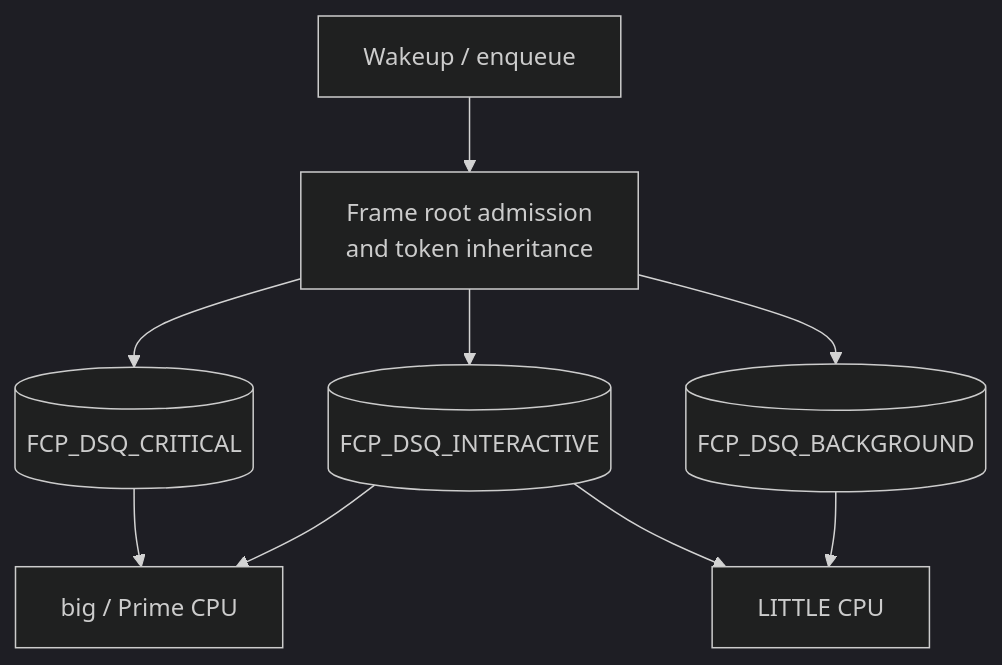
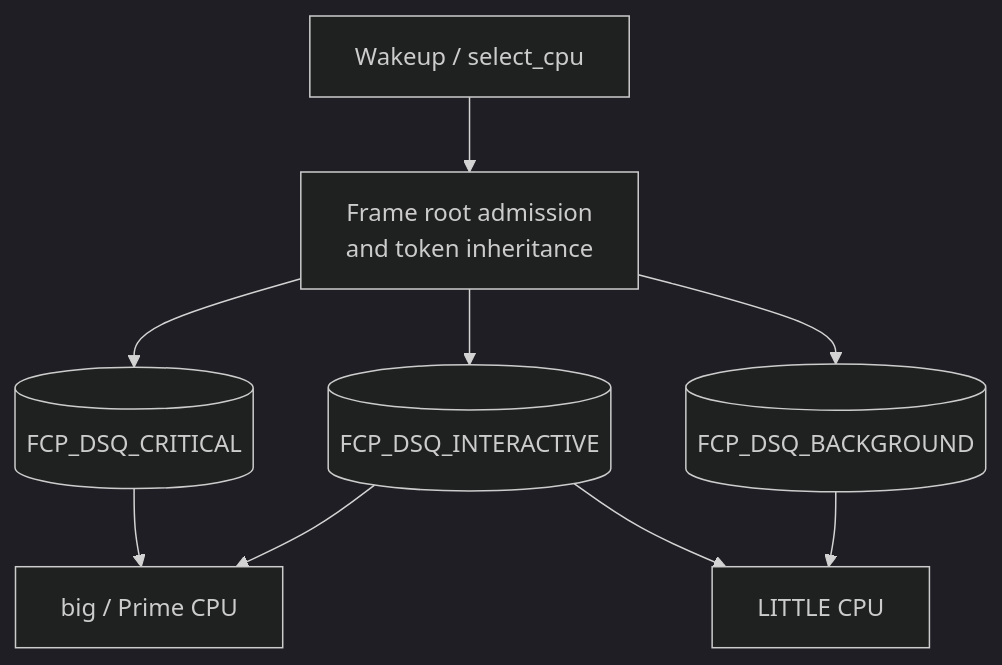
The diagram in README.md (trieu1162000/scx_fcp), drawn with Mermaid (dark theme) before and after one commit. The commit also changed other lines of this file and 10 other files, not shown here.

````diff
--- a/README.md
+++ b/README.md
@@ -33,11 +34,11 @@
 ```mermaid
 flowchart TD
-    Wakeup["Wakeup / enqueue"] --> Token["Frame root admission<br/>and token inheritance"]
+    Wakeup["Wakeup / select_cpu"] --> Token["Frame root admission<br/>and token inheritance"]
     Token --> Tier0[("FCP_DSQ_CRITICAL")]
     Token --> Tier1[("FCP_DSQ_INTERACTIVE")]
     Token --> Tier2[("FCP_DSQ_BACKGROUND")]
     Tier0 --> Big["big / Prime CPU"]
     Tier1 --> Big
     Tier1 --> Little["LITTLE CPU"]
     Tier2 --> Little
 ```
````
